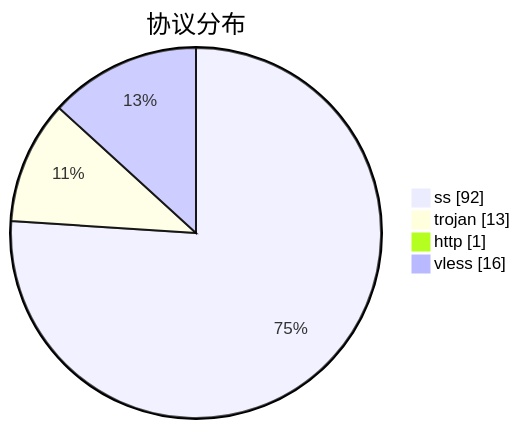
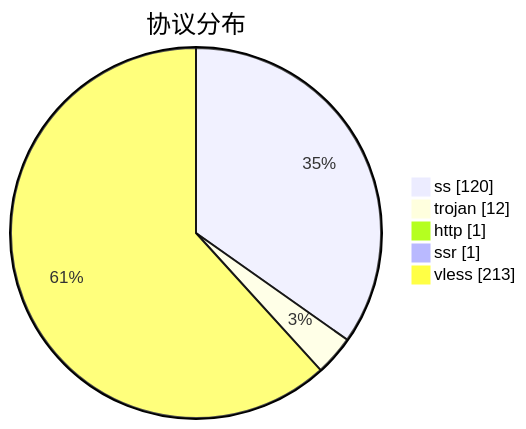
One commit to qjlxg/airport changed the third of 3 diagrams in subs/statistics/tested_within.md. Above: the diagram before and after it, drawn with Mermaid. The commit also changed other lines of this file and 2 other files, not shown here.

````diff
--- a/subs/statistics/tested_within.md
+++ b/subs/statistics/tested_within.md
@@ -31,8 +44,9 @@
 ```mermaid
 pie showData
 title 协议分布
-"ss" : 92
-"trojan" : 13
+"ss" : 120
+"trojan" : 12
 "http" : 1
-"vless" : 16
+"ssr" : 1
+"vless" : 213
 ```
````
